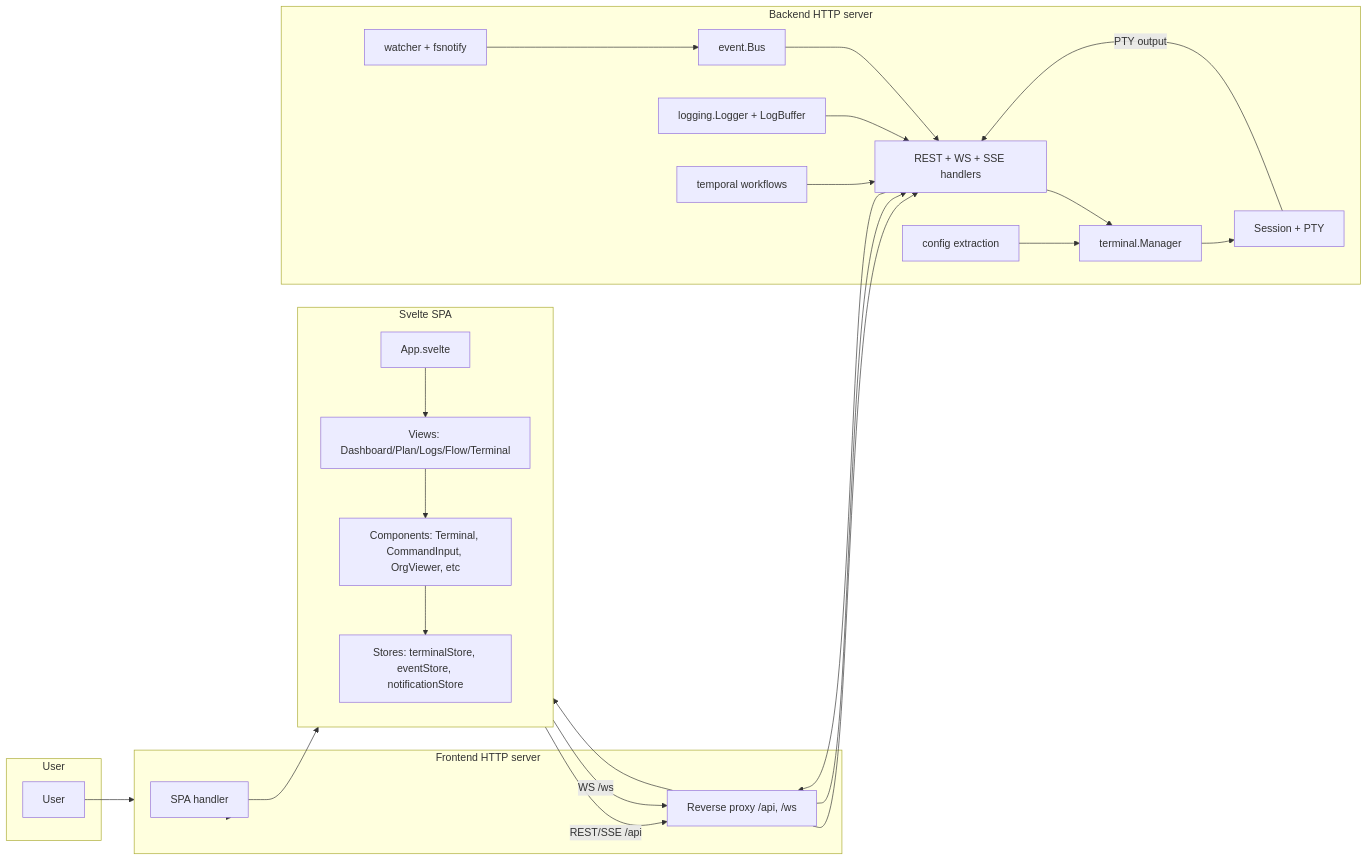
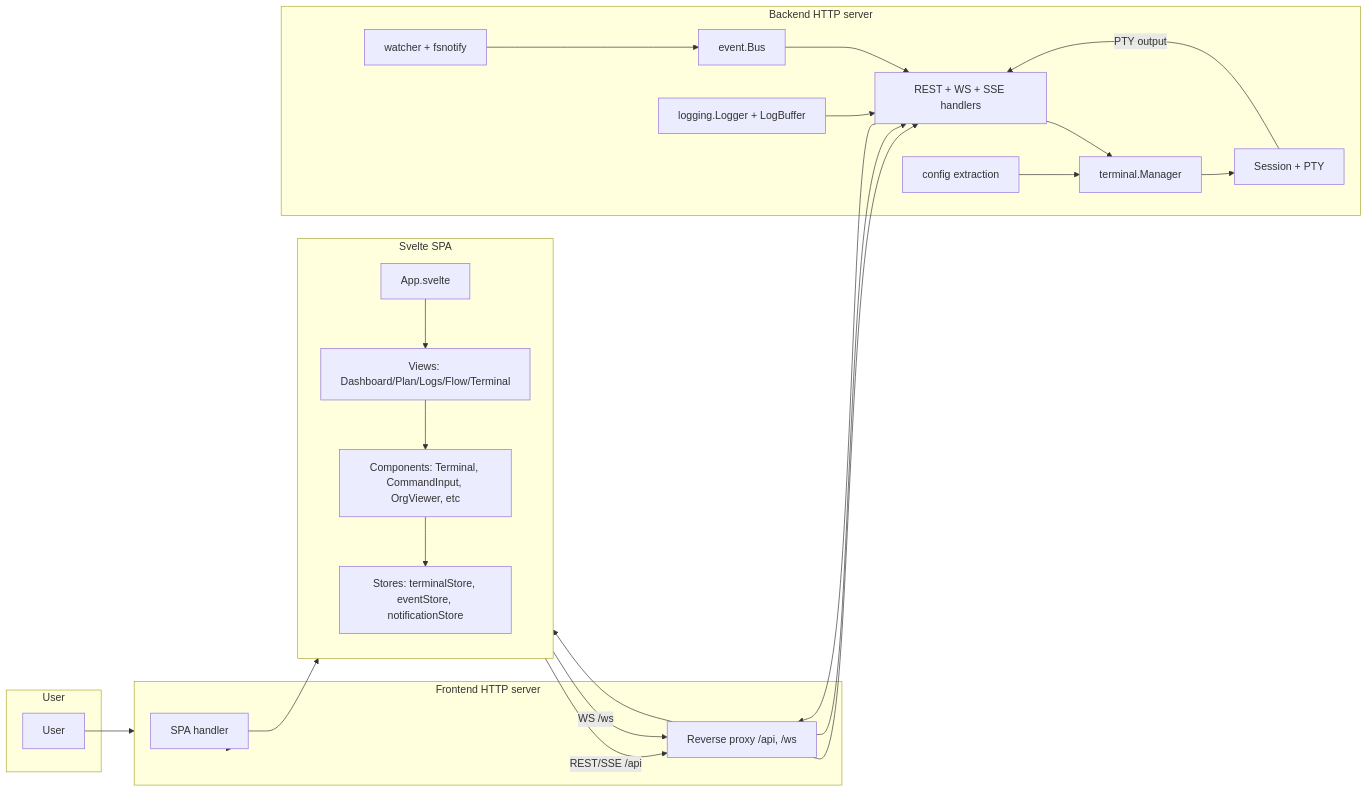
The diagram in docs/architecture/architecture-review.md (dyne/gestalt), drawn with Mermaid before and after one commit. The commit also changed other lines of this file and 10 other files, not shown here.

````diff
--- a/docs/architecture/architecture-review.md
+++ b/docs/architecture/architecture-review.md
@@ -174,43 +170,41 @@
 ```mermaid
 flowchart LR
   subgraph User
     U[User]
   end
 
   subgraph Frontend[Svelte SPA]
     App[App.svelte]
     Views[Views: Dashboard/Plan/Logs/Flow/Terminal]
     Components[Components: Terminal, CommandInput, OrgViewer, etc]
     Stores[Stores: terminalStore, eventStore, notificationStore]
     App --> Views --> Components --> Stores
   end
 
   subgraph FrontendServer[Frontend HTTP server]
     SPA[SPA handler]
     Proxy[Reverse proxy /api, /ws]
   end
 
   subgraph BackendServer[Backend HTTP server]
     API[REST + WS + SSE handlers]
     Manager[terminal.Manager]
     Sessions[Session + PTY]
     EventBus[event.Bus]
     Logger[logging.Logger + LogBuffer]
     Watcher[watcher + fsnotify]
-    Temporal[temporal workflows]
     Config[config extraction]
   end
 
   U --> FrontendServer
   FrontendServer --> SPA --> Frontend
   Frontend -->|REST/SSE /api| Proxy --> API
   Frontend -->|WS /ws| Proxy --> API
 
   API --> Manager --> Sessions
   Watcher --> EventBus --> API
   Logger --> API
-  Temporal --> API
   Config --> Manager
 
   Sessions -->|PTY output| API --> Proxy --> Frontend
 ```
````
